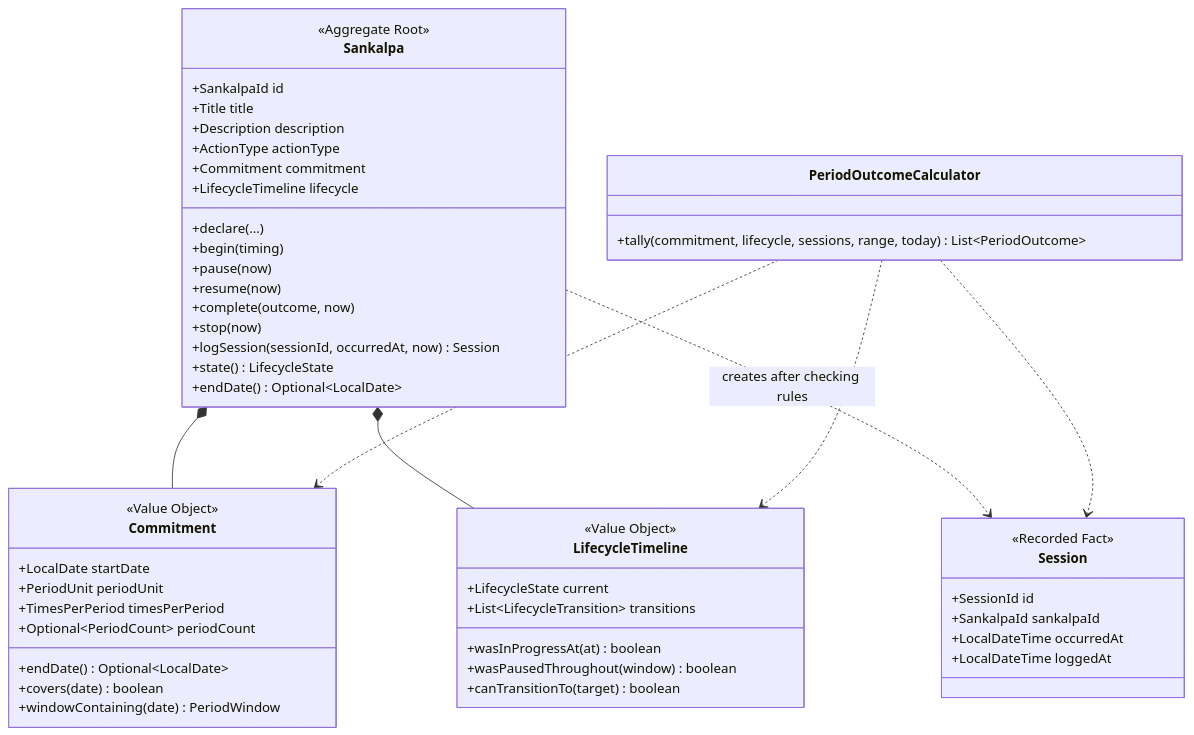
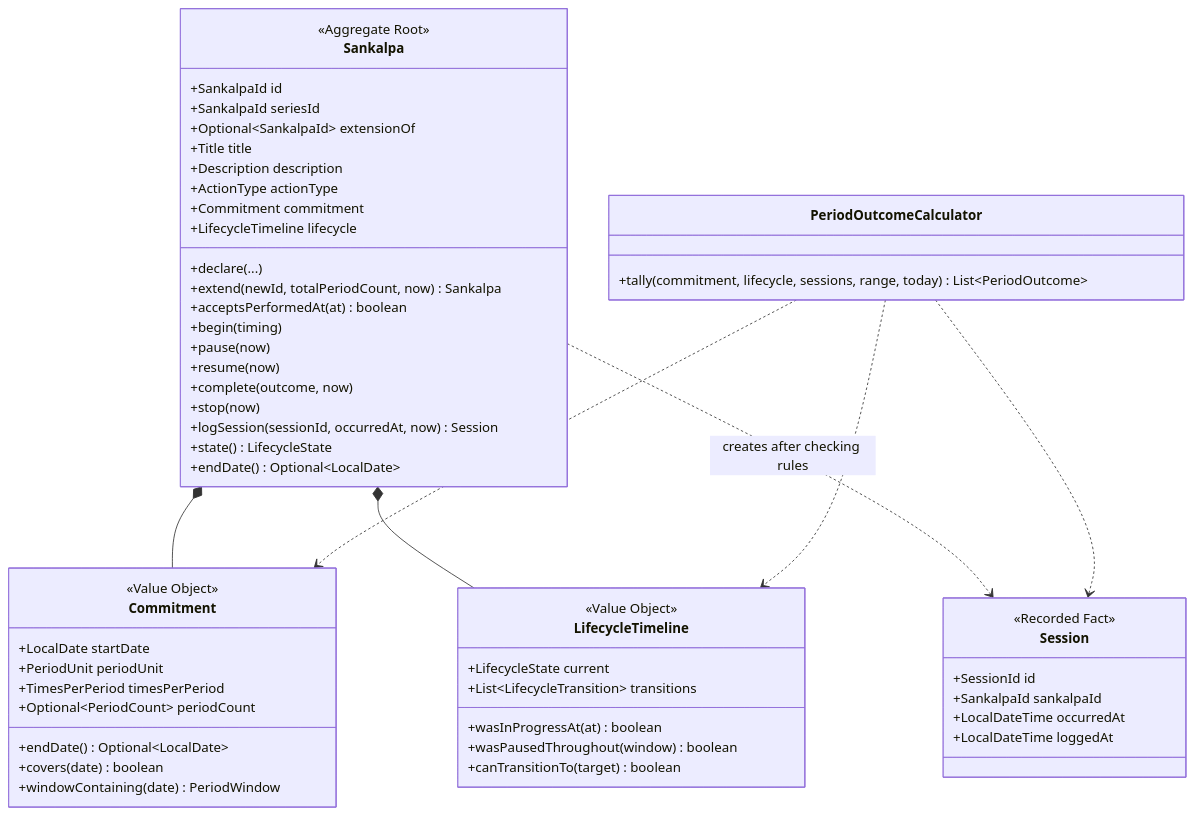
The diagram in docs/architecture/ddd/03-domain-model.md (pswani/sankalpa), drawn with Mermaid before and after one commit. The commit also changed other lines of this file and 97 other files, not shown here.

````diff
--- a/docs/architecture/ddd/03-domain-model.md
+++ b/docs/architecture/ddd/03-domain-model.md
@@ -8,60 +8,64 @@
 ```mermaid
 classDiagram
   class Sankalpa {
     <<Aggregate Root>>
     +SankalpaId id
+    +SankalpaId seriesId
+    +Optional~SankalpaId~ extensionOf
     +Title title
     +Description description
     +ActionType actionType
     +Commitment commitment
     +LifecycleTimeline lifecycle
     +declare(...)
+    +extend(newId, totalPeriodCount, now) Sankalpa
+    +acceptsPerformedAt(at) boolean
     +begin(timing)
     +pause(now)
     +resume(now)
     +complete(outcome, now)
     +stop(now)
     +logSession(sessionId, occurredAt, now) Session
     +state() LifecycleState
     +endDate() Optional~LocalDate~
   }
 
   class Session {
     <<Recorded Fact>>
     +SessionId id
     +SankalpaId sankalpaId
     +LocalDateTime occurredAt
     +LocalDateTime loggedAt
   }
 
   class Commitment {
     <<Value Object>>
     +LocalDate startDate
     +PeriodUnit periodUnit
     +TimesPerPeriod timesPerPeriod
     +Optional~PeriodCount~ periodCount
     +endDate() Optional~LocalDate~
     +covers(date) boolean
     +windowContaining(date) PeriodWindow
   }
 
   class LifecycleTimeline {
     <<Value Object>>
     +LifecycleState current
     +List~LifecycleTransition~ transitions
     +wasInProgressAt(at) boolean
     +wasPausedThroughout(window) boolean
     +canTransitionTo(target) boolean
   }
 
   class PeriodOutcomeCalculator {
     +tally(commitment, lifecycle, sessions, range, today) List~PeriodOutcome~
   }
 
   Sankalpa *-- Commitment
   Sankalpa *-- LifecycleTimeline
   Sankalpa ..> Session : creates after checking rules
   PeriodOutcomeCalculator ..> Commitment
   PeriodOutcomeCalculator ..> Session
   PeriodOutcomeCalculator ..> LifecycleTimeline
 ```
````
